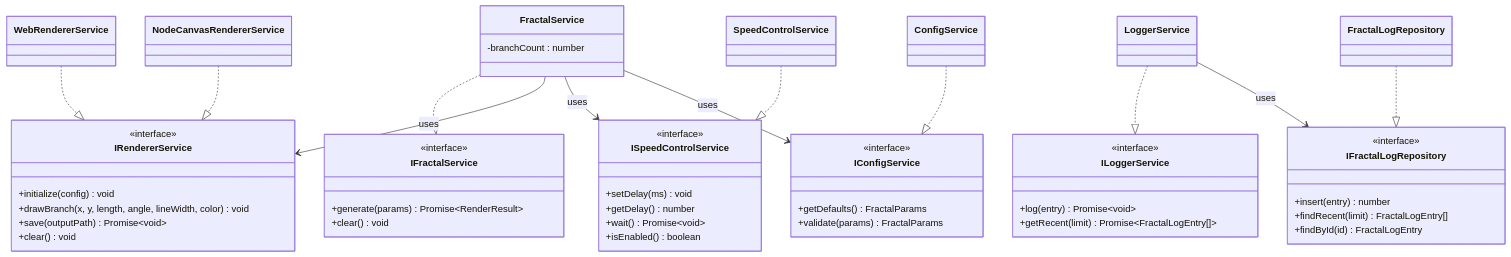
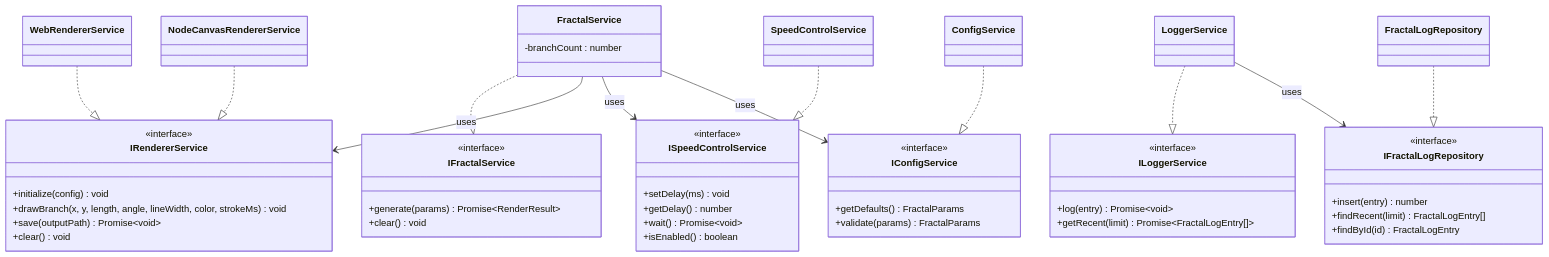
The second of 4 diagrams in ARCHITECTURE.md (roanboc/fractal-tree-generator), drawn with Mermaid before and after one commit. The commit also changed other lines of this file and 21 other files, not shown here.

````diff
--- a/ARCHITECTURE.md
+++ b/ARCHITECTURE.md
@@ -113,61 +113,61 @@
 ```mermaid
 classDiagram
     class IFractalService {
         <<interface>>
         +generate(params) Promise~RenderResult~
         +clear() void
     }
     class IRendererService {
         <<interface>>
         +initialize(config) void
-        +drawBranch(x, y, length, angle, lineWidth, color) void
+        +drawBranch(x, y, length, angle, lineWidth, color, strokeMs) void
         +save(outputPath) Promise~void~
         +clear() void
     }
     class IConfigService {
         <<interface>>
         +getDefaults() FractalParams
         +validate(params) FractalParams
     }
     class ISpeedControlService {
         <<interface>>
         +setDelay(ms) void
         +getDelay() number
         +wait() Promise~void~
         +isEnabled() boolean
     }
     class ILoggerService {
         <<interface>>
         +log(entry) Promise~void~
         +getRecent(limit) Promise~FractalLogEntry[]~
     }
     class IFractalLogRepository {
         <<interface>>
         +insert(entry) number
         +findRecent(limit) FractalLogEntry[]
         +findById(id) FractalLogEntry
     }
 
     class FractalService {
         -branchCount : number
     }
     class ConfigService
     class SpeedControlService
     class WebRendererService
     class NodeCanvasRendererService
     class LoggerService
     class FractalLogRepository
 
     FractalService ..|> IFractalService
     ConfigService ..|> IConfigService
     SpeedControlService ..|> ISpeedControlService
     WebRendererService ..|> IRendererService
     NodeCanvasRendererService ..|> IRendererService
     LoggerService ..|> ILoggerService
     FractalLogRepository ..|> IFractalLogRepository
 
     FractalService --> IRendererService : uses
     FractalService --> ISpeedControlService : uses
     FractalService --> IConfigService : uses
     LoggerService --> IFractalLogRepository : uses
 ```
````
